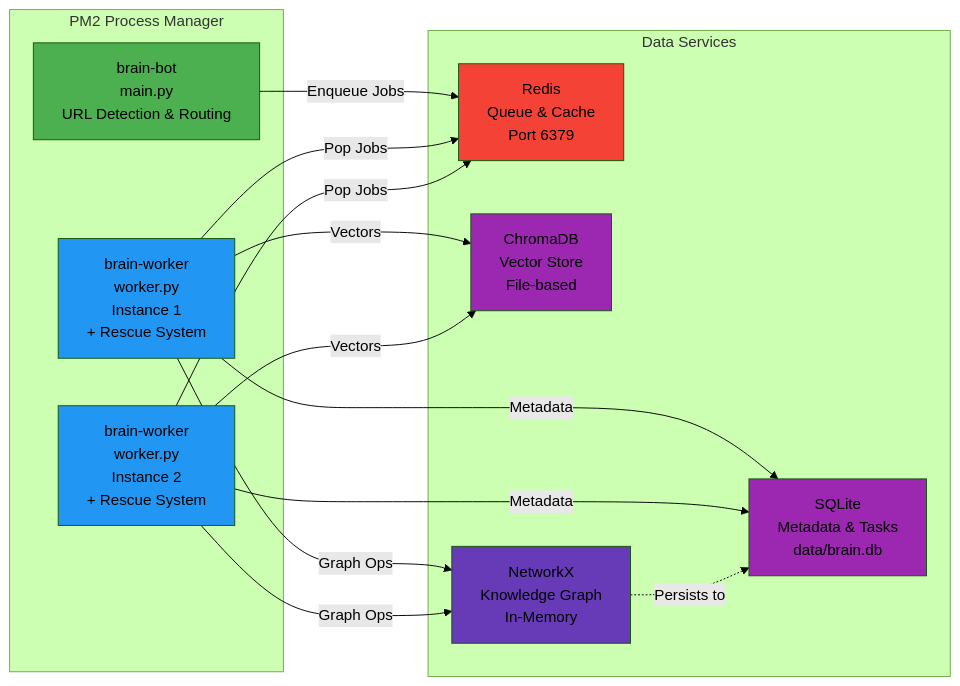
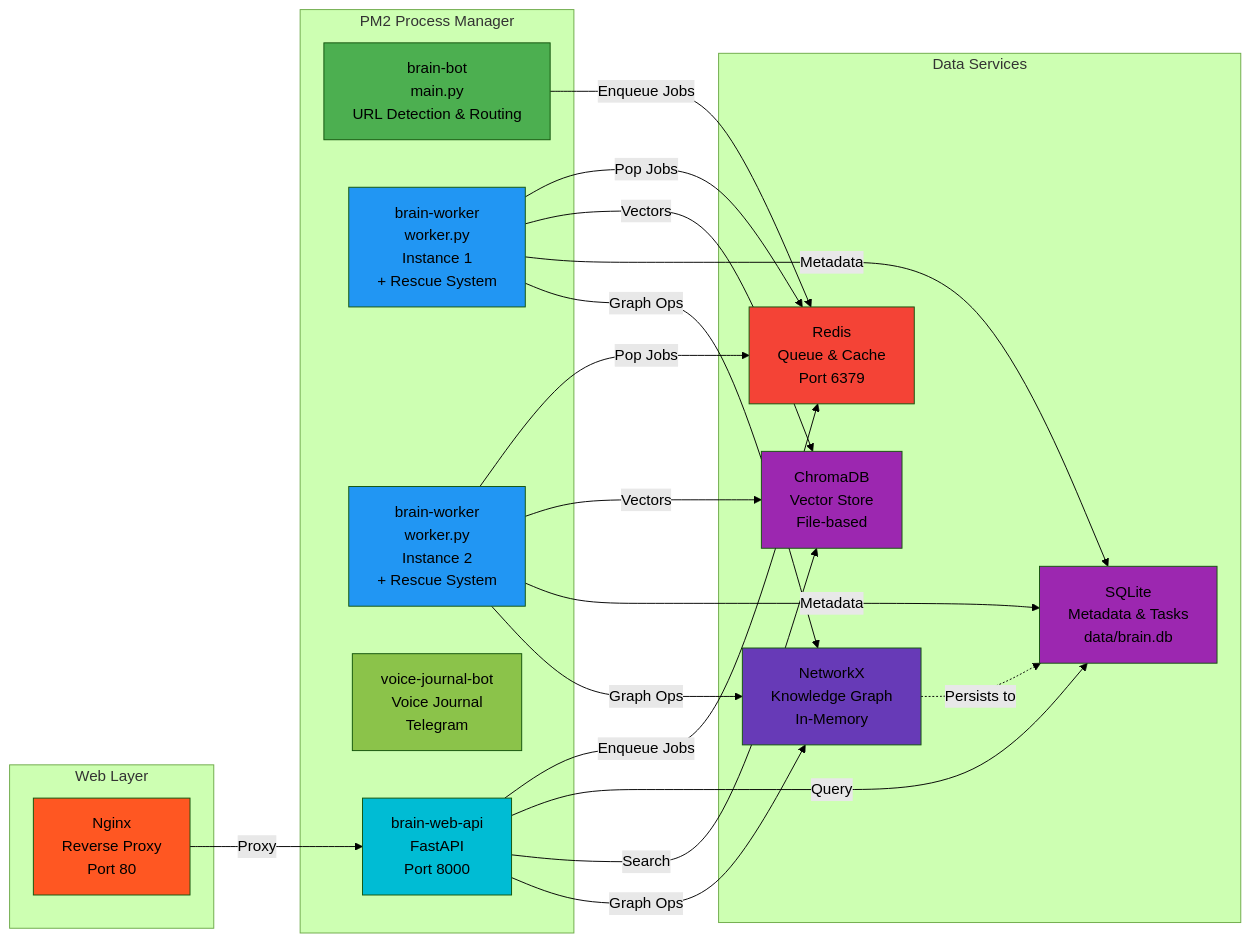
Before and after one commit to mkierin/assistant-brain-os: the second of 4 diagrams in README.md, drawn with Mermaid (forest theme). The commit also changed other lines of this file, not shown here.

First line of the commit message:
Update README architecture diagrams and documentation

````diff
--- a/README.md
+++ b/README.md
@@ -203,38 +220,54 @@
 ```mermaid
 graph LR
     subgraph "PM2 Process Manager"
         P1[brain-bot<br/>main.py<br/>URL Detection & Routing]
         P2[brain-worker<br/>worker.py<br/>Instance 1<br/>+ Rescue System]
         P3[brain-worker<br/>worker.py<br/>Instance 2<br/>+ Rescue System]
+        P4[voice-journal-bot<br/>Voice Journal<br/>Telegram]
+        P5[brain-web-api<br/>FastAPI<br/>Port 8000]
+    end
+
+    subgraph "Web Layer"
+        NG[Nginx<br/>Reverse Proxy<br/>Port 80]
     end
 
     subgraph "Data Services"
         R[Redis<br/>Queue & Cache<br/>Port 6379]
         SQ[SQLite<br/>Metadata & Tasks<br/>data/brain.db]
         CH[ChromaDB<br/>Vector Store<br/>File-based]
         NX[NetworkX<br/>Knowledge Graph<br/>In-Memory]
     end
 
     P1 -->|Enqueue Jobs| R
     P2 -->|Pop Jobs| R
     P3 -->|Pop Jobs| R
 
     P2 -->|Vectors| CH
     P3 -->|Vectors| CH
 
     P2 -->|Metadata| SQ
     P3 -->|Metadata| SQ
 
     P2 -->|Graph Ops| NX
     P3 -->|Graph Ops| NX
 
+    P5 -->|Enqueue Jobs| R
+    P5 -->|Query| SQ
+    P5 -->|Search| CH
+    P5 -->|Graph Ops| NX
+
+    NG -->|Proxy| P5
+
     NX -.->|Persists to| SQ
 
     style P1 fill:#4CAF50
     style P2 fill:#2196F3
     style P3 fill:#2196F3
+    style P4 fill:#8BC34A
+    style P5 fill:#00BCD4
+    style NG fill:#FF5722
     style R fill:#F44336
     style SQ fill:#9C27B0
     style CH fill:#9C27B0
     style NX fill:#673AB7
 ```
````
